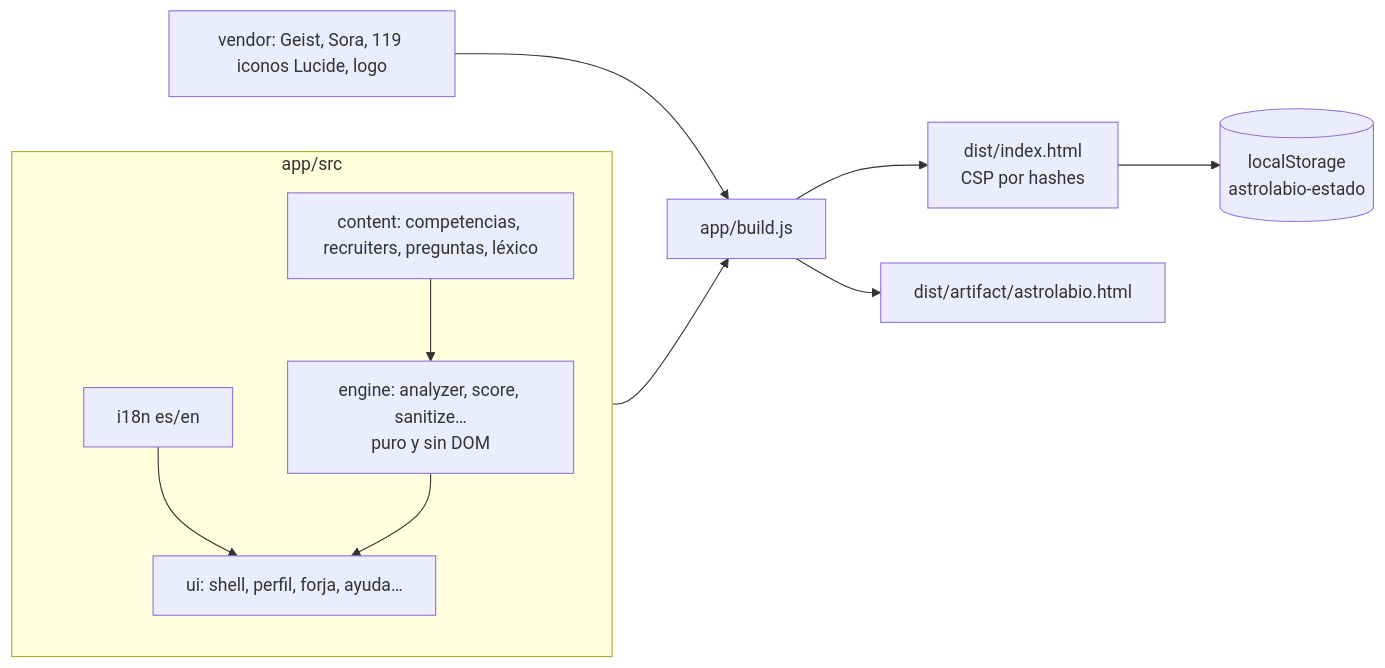
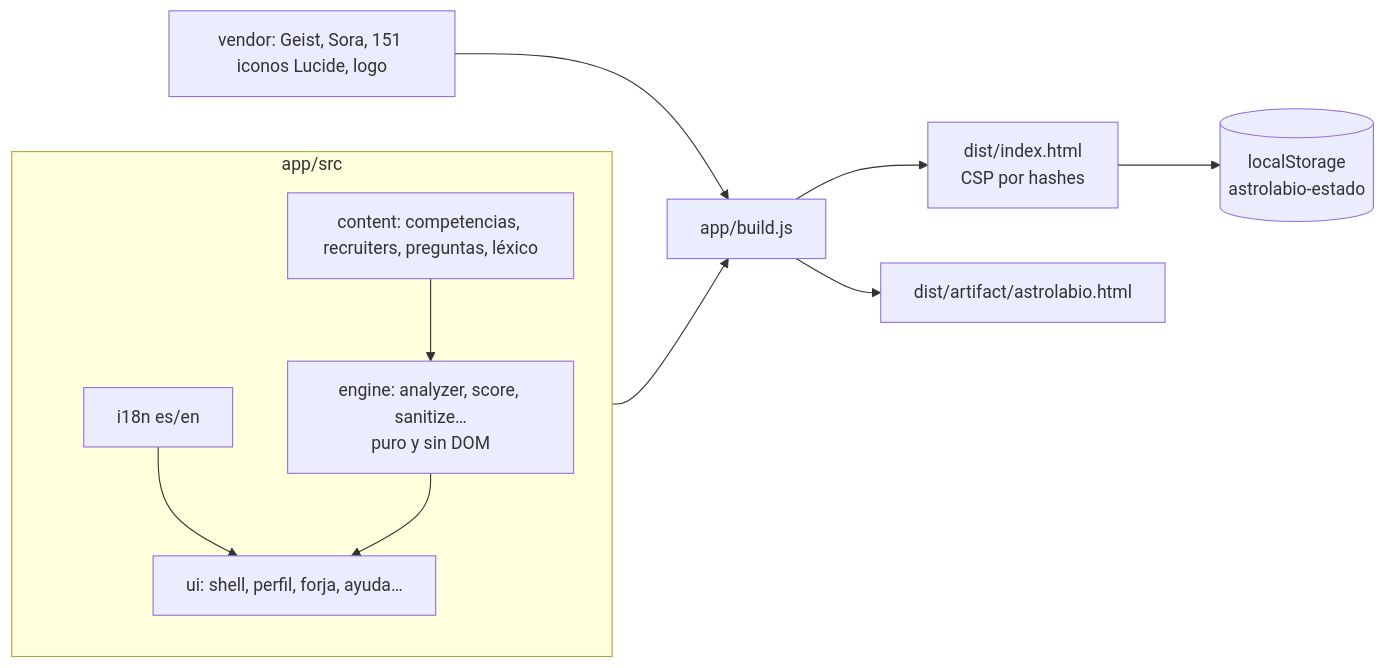
Before and after one commit to heindall92/astrolabio: the fourth of 4 diagrams in README.md, drawn with Mermaid. The commit also changed other lines of this file and 43 other files, not shown here.

````diff
--- a/README.md
+++ b/README.md
@@ -182,13 +218,13 @@
 ```mermaid
 flowchart LR
   subgraph src[app/src]
     I18N[i18n es/en] --> UI
     CONT[content: competencias, recruiters, preguntas, léxico] --> ENG
     ENG[engine: analyzer, score, sanitize…<br/>puro y sin DOM] --> UI[ui: shell, perfil, forja, ayuda…]
   end
-  V[vendor: Geist, Sora, 119 iconos Lucide, logo] --> B
+  V[vendor: Geist, Sora, 151 iconos Lucide, logo] --> B
   src --> B[app/build.js]
   B --> D[dist/index.html<br/>CSP por hashes]
   B --> A[dist/artifact/astrolabio.html]
   D --> LS[(localStorage<br/>astrolabio-estado)]
 ```
````
